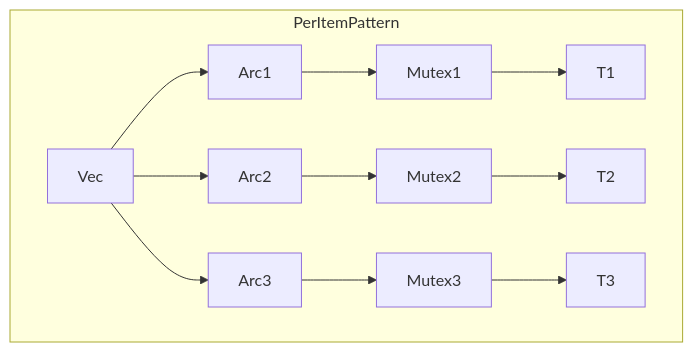
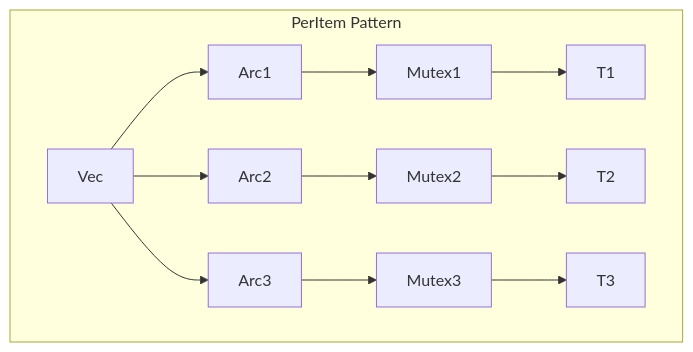
One commit to xmlbuilder/RustTutorial changed the fourth of 4 diagrams in Chapter-15(SmartPointers_and_MemoryModels)/19-Smart_Pointer_순서.md. Above: the diagram before and after it, drawn with Mermaid. The commit also changed other lines of this file, not shown here.

````diff
--- a/Chapter-15(SmartPointers_and_MemoryModels)/19-Smart_Pointer_순서.md
+++ b/Chapter-15(SmartPointers_and_MemoryModels)/19-Smart_Pointer_순서.md
@@ -230,24 +230,24 @@
 ```mermaid
 graph TD
-  subgraph PerItemPattern
+  subgraph PerItem Pattern
     B1[Vec]
     B2[Arc1]
     B3[Mutex1]
     B4[T1]
     B5[Arc2]
     B6[Mutex2]
     B7[T2]
     B8[Arc3]
     B9[Mutex3]
     B10[T3]
     B1 --> B2
     B2 --> B3
     B3 --> B4
     B1 --> B5
     B5 --> B6
     B6 --> B7
     B1 --> B8
     B8 --> B9
     B9 --> B10
   end
 ```
````
